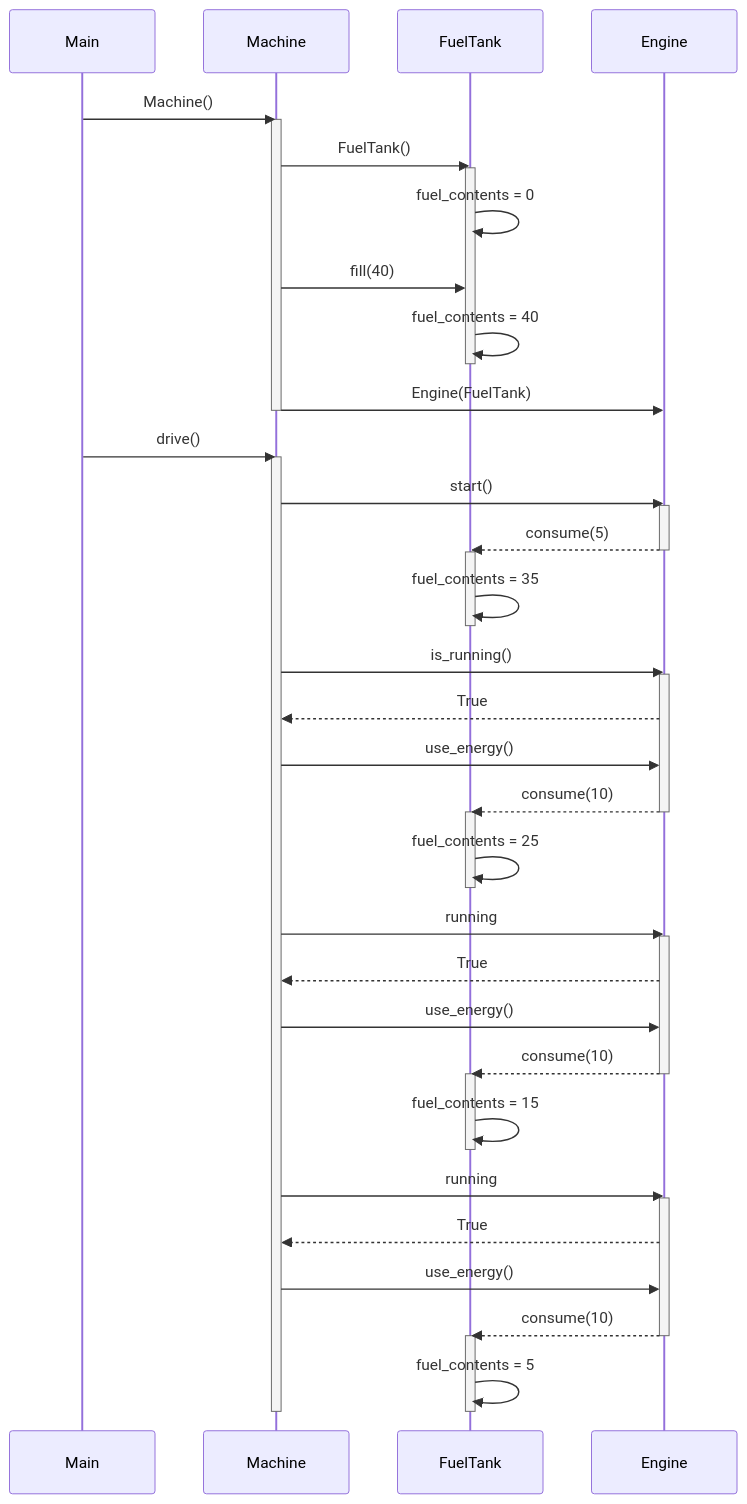
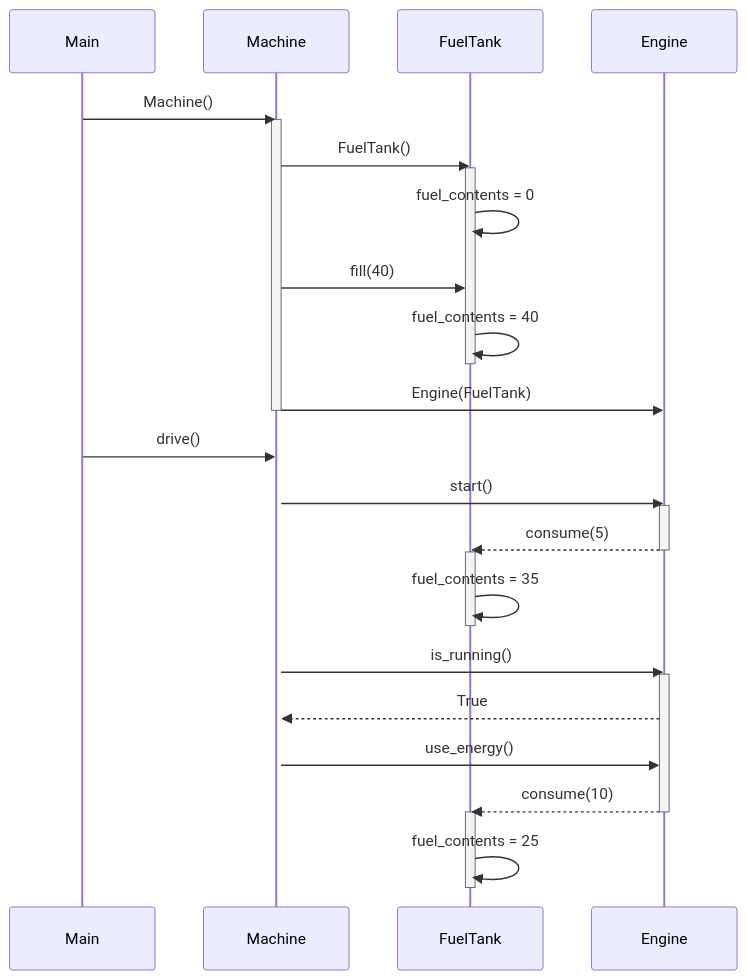
One commit to n0spoon/ot-harjoitustyo changed the diagram in laskarit/viikko3/machine-sequence.md. Above: the diagram before and after it, drawn with Mermaid.

Commit message:
Updated Exercise 3: machine-sequence.md

````diff
--- a/laskarit/viikko3/machine-sequence.md
+++ b/laskarit/viikko3/machine-sequence.md
@@ -1,50 +1,31 @@
 ```mermaid
  sequenceDiagram
      Main->>Machine: Machine()
      activate Machine
      Machine->>FuelTank: FuelTank()
      activate FuelTank
      FuelTank->>FuelTank: fuel_contents = 0
      Machine->>FuelTank: fill(40)
      FuelTank->>FuelTank: fuel_contents = 40
      deactivate FuelTank
      Machine->>Engine: Engine(FuelTank)
      deactivate Machine
      Main->>Machine: drive()
      activate Machine
      Machine->>Engine: start()
      activate Engine
      Engine-->>FuelTank: consume(5)
      deactivate Engine
      activate FuelTank
      FuelTank->>FuelTank: fuel_contents = 35
      deactivate FuelTank
      Machine->>Engine: is_running()
      activate Engine
      Engine-->>Machine: True
      Machine->>Engine: use_energy()
      Engine-->>FuelTank: consume(10)
      activate FuelTank
      deactivate Engine
      FuelTank->>FuelTank: fuel_contents = 25
      deactivate FuelTank
-     Machine->>Engine: running
-     activate Engine
-     Engine-->>Machine: True
-     Machine->>Engine: use_energy()
-     Engine-->>FuelTank: consume(10)
-     activate FuelTank
-     deactivate Engine
-     FuelTank->>FuelTank: fuel_contents = 15
-     deactivate FuelTank
-     Machine->>Engine: running
-     activate Engine
-     Engine-->>Machine: True
-     Machine->>Engine: use_energy()
-     Engine-->>FuelTank: consume(10)
-     activate FuelTank
-     deactivate Engine
-     FuelTank->>FuelTank: fuel_contents = 5
-     deactivate FuelTank
-     deactivate Machine
 ```
````
